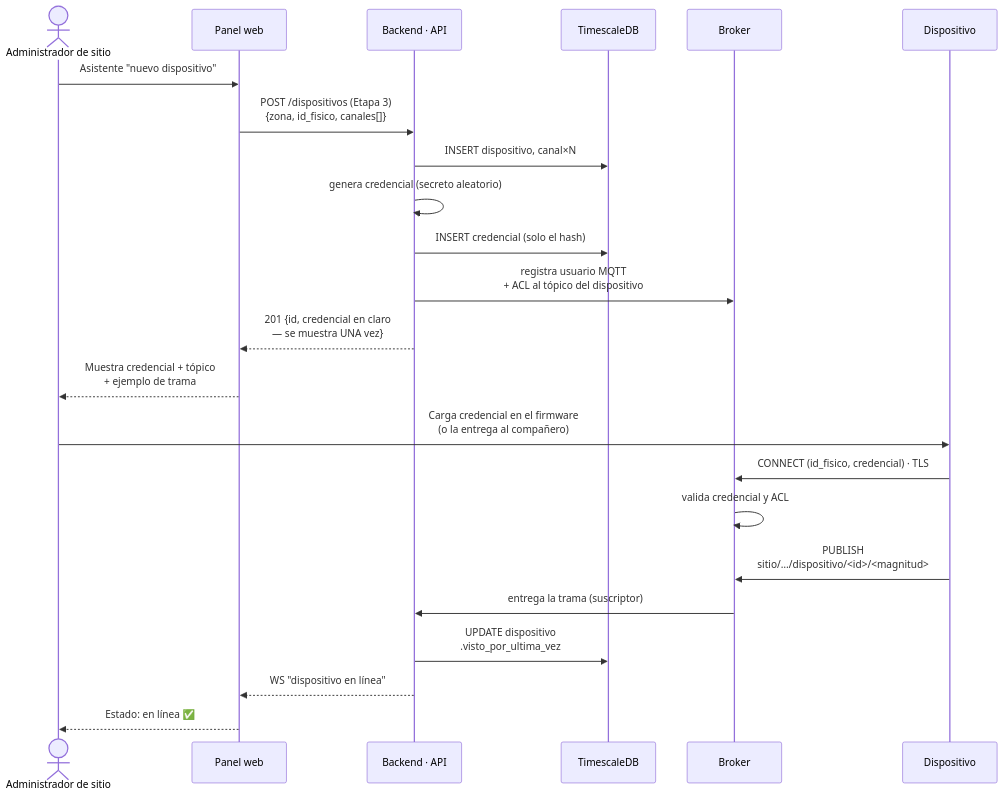
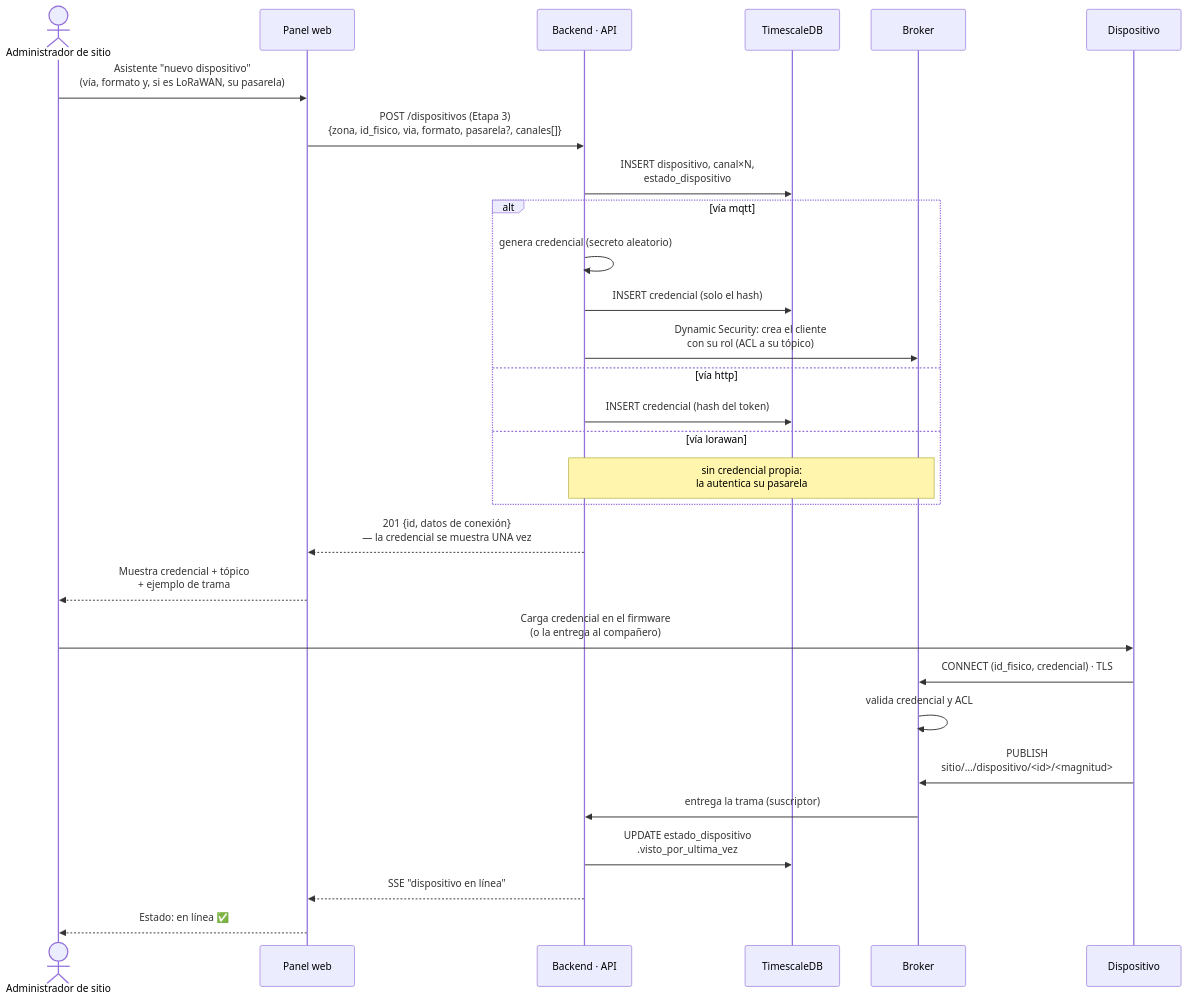
Before and after one commit to vicenterami/tesis: the diagram in informe-oficial/figuras/mermaid/sec-alta.mmd, drawn with Mermaid. The commit also changed 43 other files, not shown here.

```diff
--- a/informe-oficial/figuras/mermaid/sec-alta.mmd
+++ b/informe-oficial/figuras/mermaid/sec-alta.mmd
@@ -1,24 +1,30 @@
 sequenceDiagram
     actor Admin as Administrador de sitio
     participant FE as Panel web
     participant API as Backend · API
     participant DB as TimescaleDB
     participant MQ as Broker
     participant Dev as Dispositivo
 
-    Admin->>FE: Asistente "nuevo dispositivo"
-    FE->>API: POST /dispositivos (Etapa 3)<br/>{zona, id_fisico, canales[]}
-    API->>DB: INSERT dispositivo, canal×N
-    API->>API: genera credencial (secreto aleatorio)
-    API->>DB: INSERT credencial (solo el hash)
-    API->>MQ: registra usuario MQTT<br/>+ ACL al tópico del dispositivo
-    API-->>FE: 201 {id, credencial en claro<br/>— se muestra UNA vez}
+    Admin->>FE: Asistente "nuevo dispositivo"<br/>(vía, formato y, si es LoRaWAN, su pasarela)
+    FE->>API: POST /dispositivos (Etapa 3)<br/>{zona, id_fisico, via, formato, pasarela?, canales[]}
+    API->>DB: INSERT dispositivo, canal×N,<br/>estado_dispositivo
+    alt vía mqtt
+        API->>API: genera credencial (secreto aleatorio)
+        API->>DB: INSERT credencial (solo el hash)
+        API->>MQ: Dynamic Security: crea el cliente<br/>con su rol (ACL a su tópico)
+    else vía http
+        API->>DB: INSERT credencial (hash del token)
+    else vía lorawan
+        Note over API,MQ: sin credencial propia:<br/>la autentica su pasarela
+    end
+    API-->>FE: 201 {id, datos de conexión}<br/>— la credencial se muestra UNA vez
     FE-->>Admin: Muestra credencial + tópico<br/>+ ejemplo de trama
     Admin->>Dev: Carga credencial en el firmware<br/>(o la entrega al compañero)
     Dev->>MQ: CONNECT (id_fisico, credencial) · TLS
     MQ->>MQ: valida credencial y ACL
     Dev->>MQ: PUBLISH<br/>sitio/…/dispositivo/<id>/<magnitud>
     MQ->>API: entrega la trama (suscriptor)
-    API->>DB: UPDATE dispositivo<br/>.visto_por_ultima_vez
-    API-->>FE: WS "dispositivo en línea"
+    API->>DB: UPDATE estado_dispositivo<br/>.visto_por_ultima_vez
+    API-->>FE: SSE "dispositivo en línea"
     FE-->>Admin: Estado: en línea ✅
```
